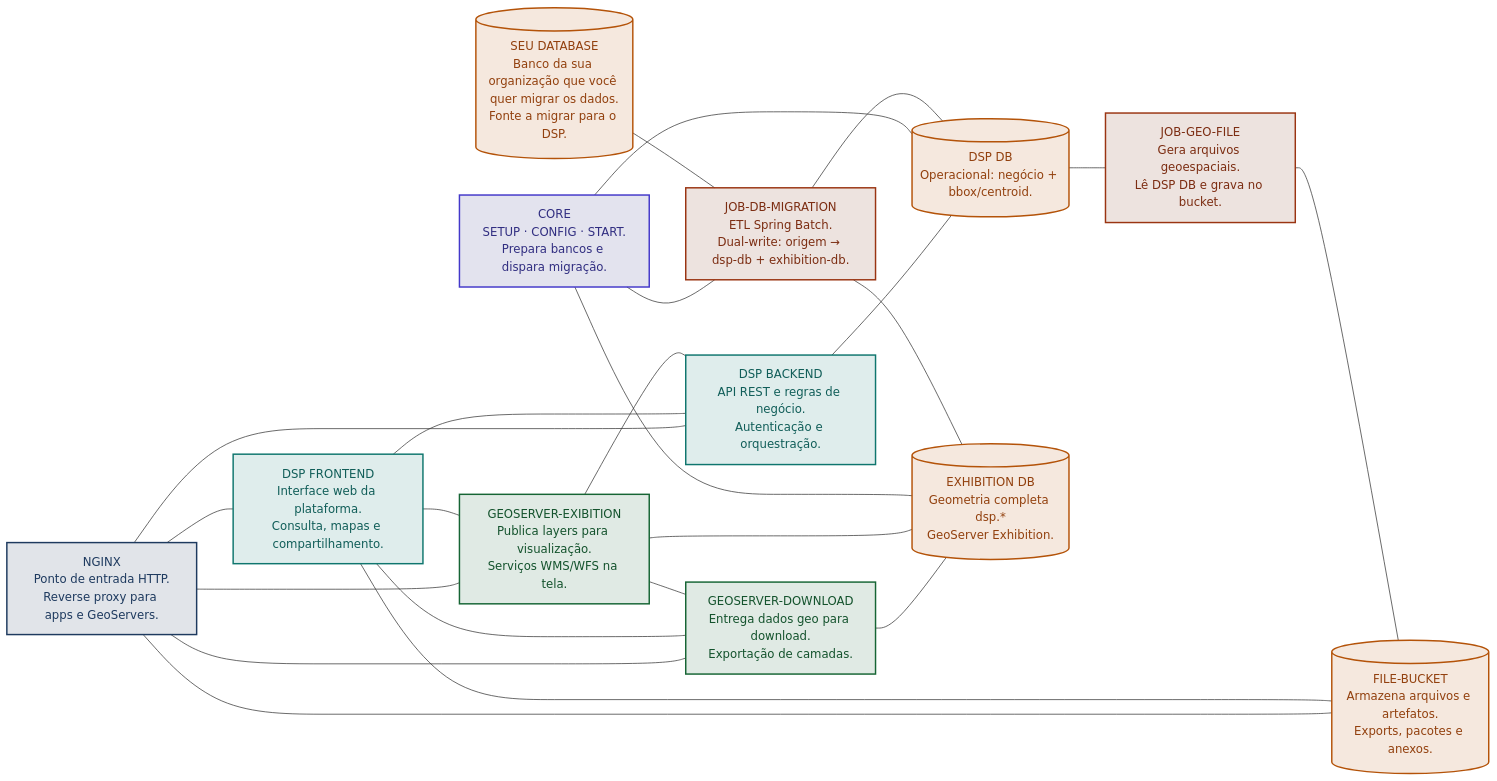
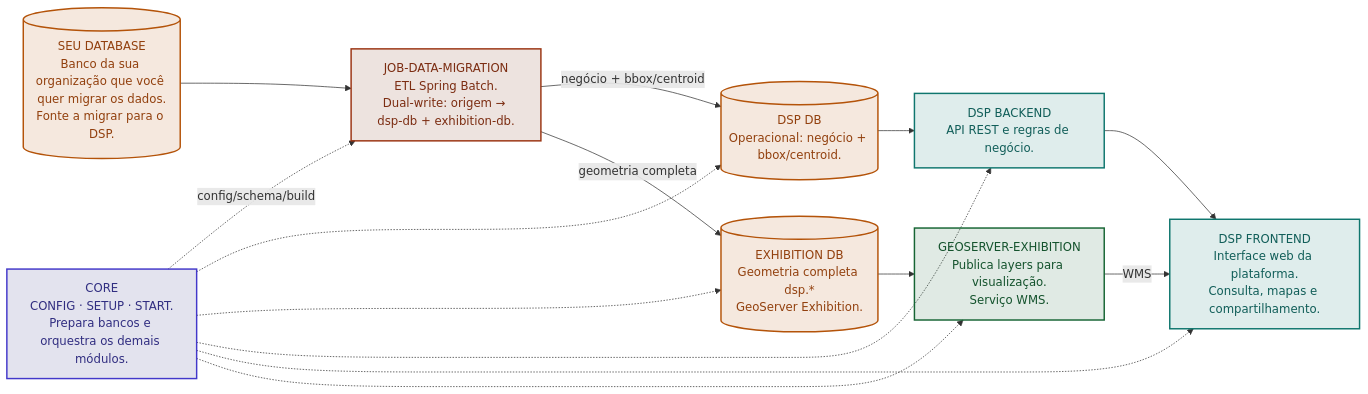
Before and after one commit to kleber-albino/rer-dsp-docs: the diagram in docs/index.md, drawn with Mermaid. The commit also changed other lines of this file and 23 other files, not shown here.

First line of the commit message:
docs: remove legacy technical documentation for backend config, map component, and migration jobs

````diff
--- a/docs/index.md
+++ b/docs/index.md
@@ -60,59 +18,42 @@
 ```mermaid
 flowchart LR
   srcDb[("SEU DATABASE<br/>Banco da sua organização que você quer migrar os dados.<br/>Fonte a migrar para o DSP.")]
-  jobMig["JOB-DB-MIGRATION<br/>ETL Spring Batch.<br/>Dual-write: origem → dsp-db + exhibition-db."]
-  core["CORE<br/>SETUP · CONFIG · START.<br/>Prepara bancos e dispara migração."]
-  jobGeo["JOB-GEO-FILE<br/>Gera arquivos geoespaciais.<br/>Lê DSP DB e grava no bucket."]
+  jobMig["JOB-DATA-MIGRATION<br/>ETL Spring Batch.<br/>Dual-write: origem → dsp-db + exhibition-db."]
+  core["CORE<br/>CONFIG · SETUP · START.<br/>Prepara bancos e orquestra os demais módulos."]
 
   dspDb[("DSP DB<br/>Operacional: negócio + bbox/centroid.")]
   gsDb[("EXHIBITION DB<br/>Geometria completa dsp.*<br/>GeoServer Exhibition.")]
-  bucket[("FILE-BUCKET<br/>Armazena arquivos e artefatos.<br/>Exports, pacotes e anexos.")]
 
-  be["DSP BACKEND<br/>API REST e regras de negócio.<br/>Autenticação e orquestração."]
+  be["DSP BACKEND<br/>API REST e regras de negócio."]
   fe["DSP FRONTEND<br/>Interface web da plataforma.<br/>Consulta, mapas e compartilhamento."]
 
-  gsEx["GEOSERVER-EXIBITION<br/>Publica layers para visualização.<br/>Serviços WMS/WFS na tela."]
-  gsDl["GEOSERVER-DOWNLOAD<br/>Entrega dados geo para download.<br/>Exportação de camadas."]
+  gsEx["GEOSERVER-EXHIBITION<br/>Publica layers para visualização.<br/>Serviço WMS."]
 
-  nginx["NGINX<br/>Ponto de entrada HTTP.<br/>Reverse proxy para apps e GeoServers."]
+  srcDb --> jobMig
+  jobMig -->|"negócio + bbox/centroid"| dspDb
+  jobMig -->|"geometria completa"| gsDb
+  core -.config/schema/build.-> jobMig
+  core -.-> dspDb
+  core -.-> gsDb
+  core -.-> be
+  core -.-> fe
+  core -.-> gsEx
 
-  srcDb --- jobMig
-  jobMig --- dspDb
-  jobMig --- gsDb
-  core --- jobMig
-  core --- dspDb
-  core --- gsDb
-  dspDb --- jobGeo
-  jobGeo --- bucket
+  dspDb --> be
+  gsDb --> gsEx
 
-  be --- dspDb
-  gsEx --- gsDb
-  gsDl --- gsDb
-  gsEx --- be
-  gsEx --- gsDl
+  be --> fe
+  gsEx -->|WMS| fe
 
-  fe --- be
-  fe --- bucket
-  fe --- gsEx
-  fe --- gsDl
-
-  nginx --- fe
-  nginx --- be
-  nginx --- gsEx
-  nginx --- gsDl
-  nginx --- bucket
-
-  classDef gw fill:#1e3a5f22,color:#1e3a5f,stroke:#1e3a5f,stroke-width:2px
   classDef app fill:#0f766e22,color:#115e59,stroke:#0f766e,stroke-width:2px
   classDef geoCls fill:#16653422,color:#14532d,stroke:#166534,stroke-width:2px
   classDef db fill:#b4530922,color:#92400e,stroke:#b45309,stroke-width:2px
   classDef job fill:#7c2d1222,color:#7c2d12,stroke:#9a3412,stroke-width:2px
   classDef coreCls fill:#312e8122,color:#312e81,stroke:#4338ca,stroke-width:2px
 
-  class nginx gw
   class fe,be app
-  class gsEx,gsDl geoCls
-  class dspDb,gsDb,srcDb,bucket db
-  class jobMig,jobGeo job
+  class gsEx geoCls
+  class dspDb,gsDb,srcDb db
+  class jobMig job
   class core coreCls
 ```
````
